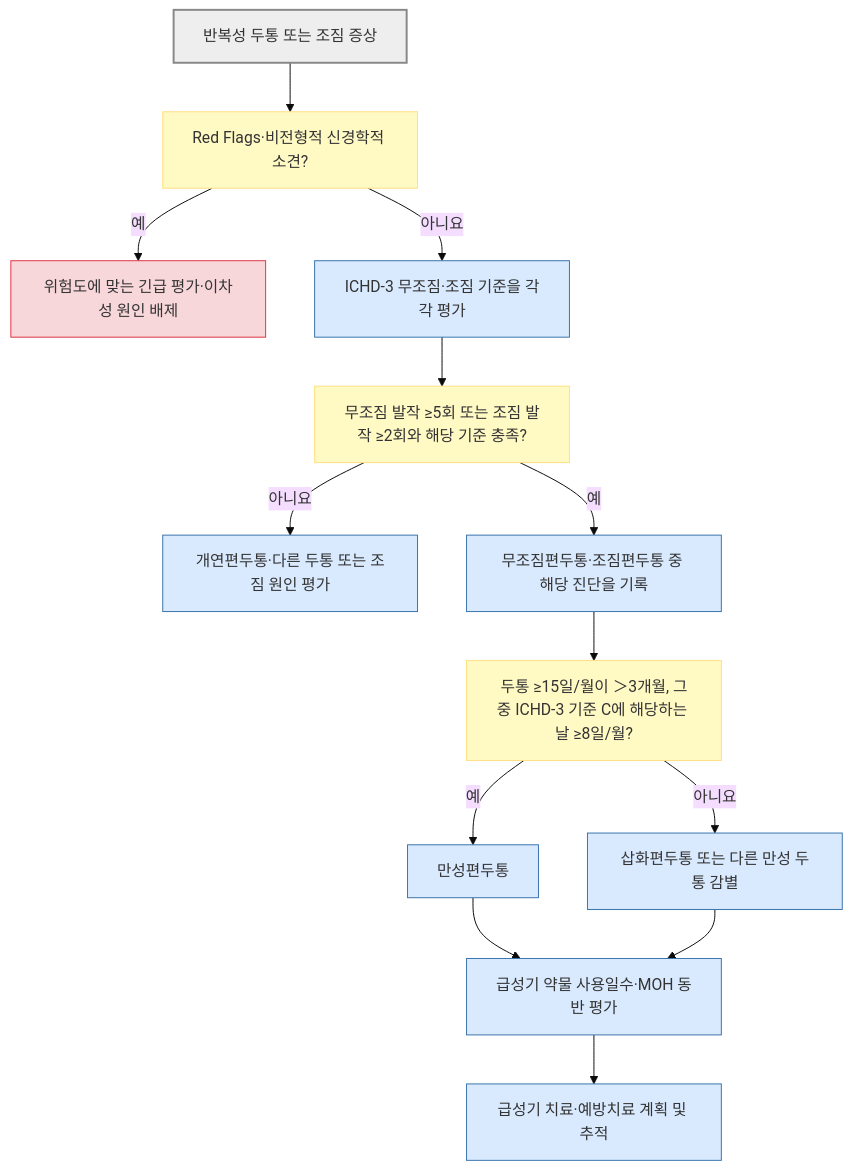
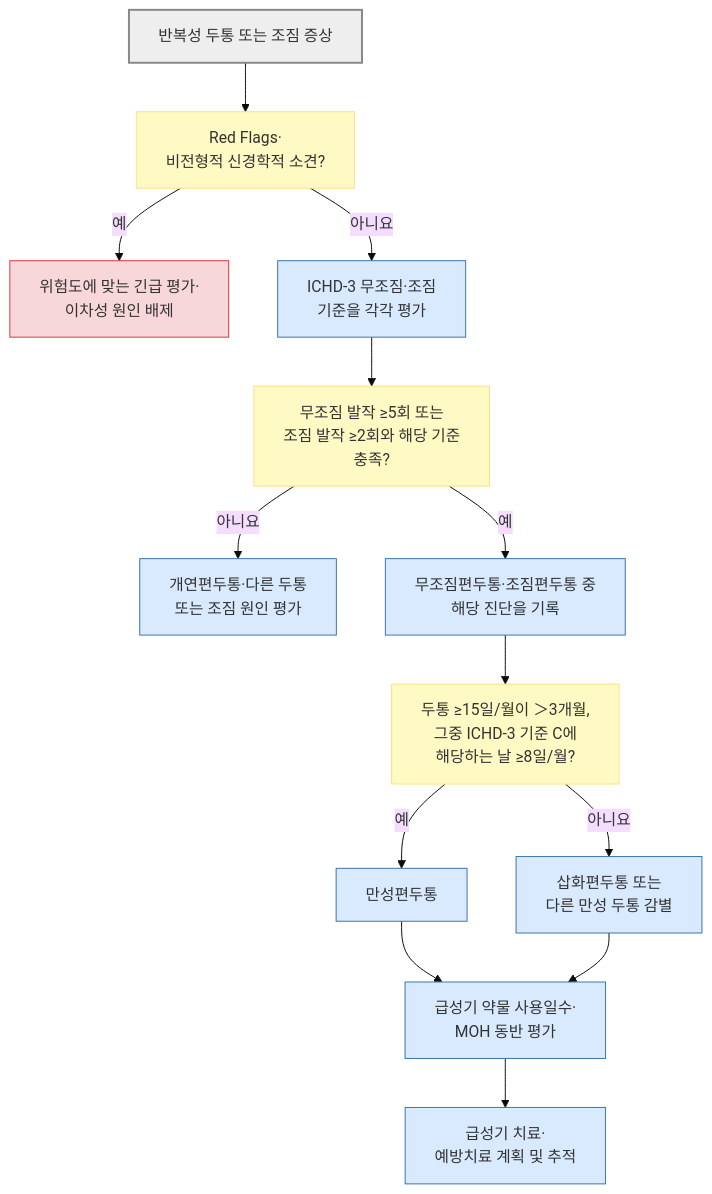
The first of 2 diagrams in 221_/016_-migraine.md (familyoh77/familyoh77), drawn with Mermaid (base theme) before and after one commit. The commit also changed other lines of this file, not shown here.

````diff
--- a/221_/016_-migraine.md
+++ b/221_/016_-migraine.md
@@ -190,22 +191,22 @@
 ```mermaid
 flowchart TD
-    A["반복성 두통 또는 조짐 증상"] --> B["Red Flags·비전형적 신경학적 소견?"]
-    B -- "예" --> C["위험도에 맞는 긴급 평가·이차성 원인 배제"]
-    B -- "아니요" --> D["ICHD-3 무조짐·조짐 기준을 각각 평가"]
-    D --> E["무조짐 발작 ≥5회 또는 조짐 발작 ≥2회와 해당 기준 충족?"]
-    E -- "아니요" --> F["개연편두통·다른 두통 또는 조짐 원인 평가"]
-    E -- "예" --> G["무조짐편두통·조짐편두통 중 해당 진단을 기록"]
-    G --> H["두통 ≥15일/월이 ＞3개월, 그중 ICHD-3 기준 C에 해당하는 날 ≥8일/월?"]
+    A["반복성 두통 또는 조짐 증상"] --> B["Red Flags·<br/>비전형적 신경학적 소견?"]
+    B -- "예" --> C["위험도에 맞는 긴급 평가·<br/>이차성 원인 배제"]
+    B -- "아니요" --> D["ICHD-3 무조짐·조짐 <br/>기준을 각각 평가"]
+    D --> E["무조짐 발작 ≥5회 또는 <br/>조짐 발작 ≥2회와 해당 기준 <br/>충족?"]
+    E -- "아니요" --> F["개연편두통·다른 두통 <br/>또는 조짐 원인 평가"]
+    E -- "예" --> G["무조짐편두통·조짐편두통 중 <br/>해당 진단을 기록"]
+    G --> H["두통 ≥15일/월이 ＞3개월, <br/>그중 ICHD-3 기준 C에 <br/>해당하는 날 ≥8일/월?"]
     H -- "예" --> I["만성편두통"]
-    H -- "아니요" --> J["삽화편두통 또는 다른 만성 두통 감별"]
-    I --> K["급성기 약물 사용일수·MOH 동반 평가"]
+    H -- "아니요" --> J["삽화편두통 또는 <br/>다른 만성 두통 감별"]
+    I --> K["급성기 약물 사용일수·<br/>MOH 동반 평가"]
     J --> K
-    K --> L["급성기 치료·예방치료 계획 및 추적"]
+    K --> L["급성기 치료·<br/>예방치료 계획 및 추적"]
     classDef question fill:#fff9c4,stroke:#ffe082
     classDef emergency fill:#f8d7da,stroke:#dc3545
     classDef care fill:#d9eaff,stroke:#3973ac
     class B,E,H question
     class C emergency
     class D,F,G,I,J,K,L care
     style A fill:#eeeeee,stroke:#888888,stroke-width:2px
 ```
````
